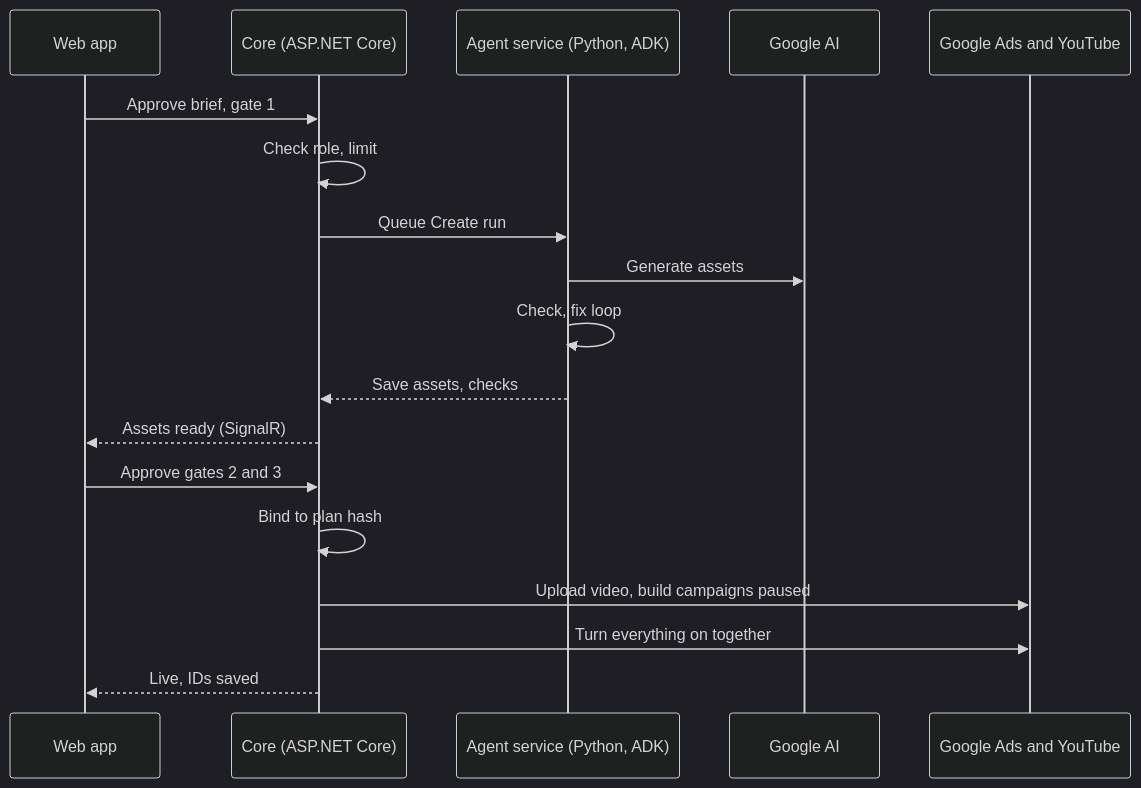
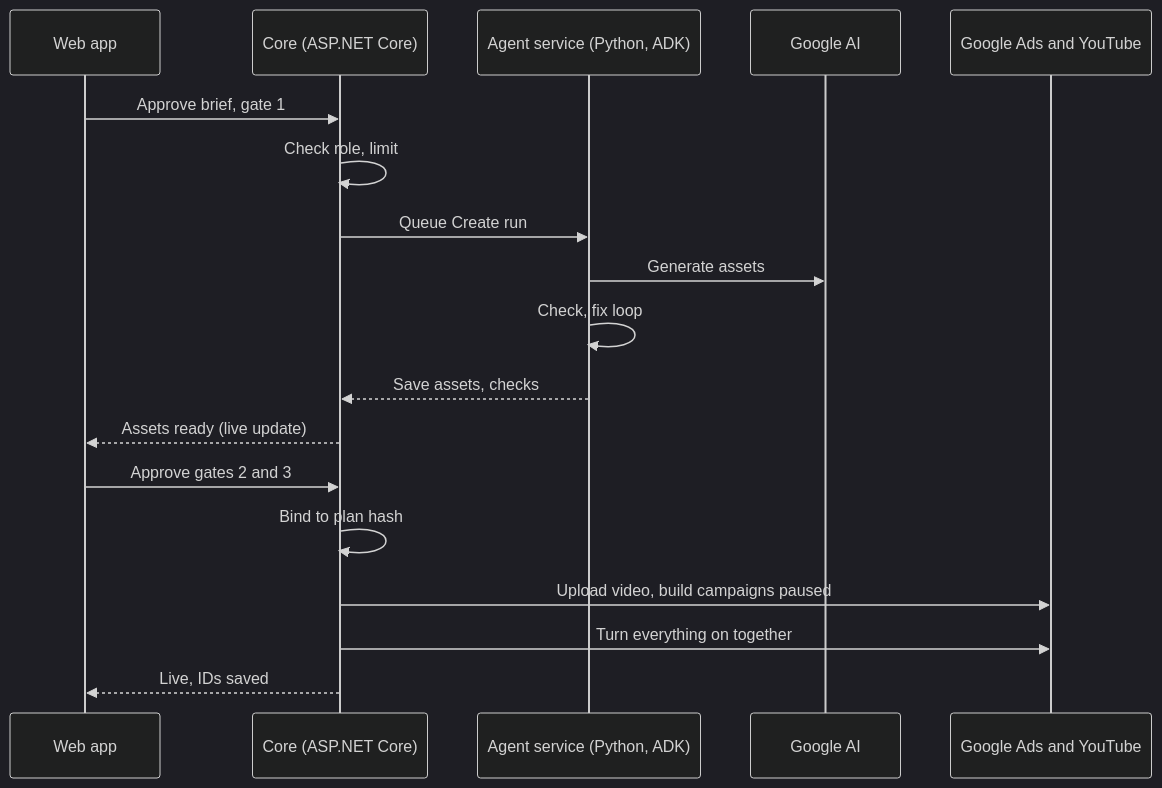
Before and after one commit to NencyBatada/Kairo: the second of 2 diagrams in docs/Kairo-SAD.md, drawn with Mermaid (dark theme). The commit also changed other lines of this file and 1 other file, not shown here.

Commit message:
Describe live updates as Server-Sent Events from a SQL Server outbox in the SAD

````diff
--- a/docs/Kairo-SAD.md
+++ b/docs/Kairo-SAD.md
@@ -111,20 +111,20 @@
 ```mermaid
 sequenceDiagram
     participant W as Web app
     participant C as Core (ASP.NET Core)
     participant A as Agent service (Python, ADK)
     participant G as Google AI
     participant D as Google Ads and YouTube
     W->>C: Approve brief, gate 1
     C->>C: Check role, limit
     C->>A: Queue Create run
     A->>G: Generate assets
     A->>A: Check, fix loop
     A-->>C: Save assets, checks
-    C-->>W: Assets ready (SignalR)
+    C-->>W: Assets ready (live update)
     W->>C: Approve gates 2 and 3
     C->>C: Bind to plan hash
     C->>D: Upload video, build campaigns paused
     C->>D: Turn everything on together
     C-->>W: Live, IDs saved
 ```
````
